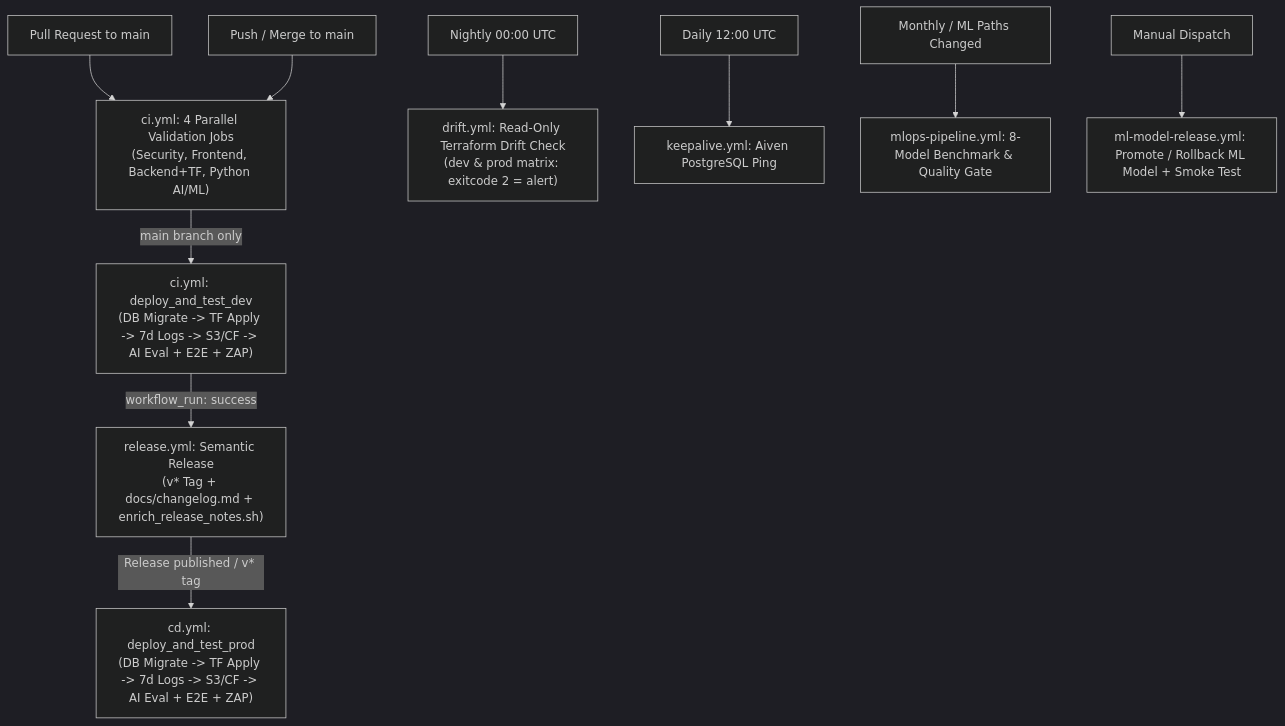
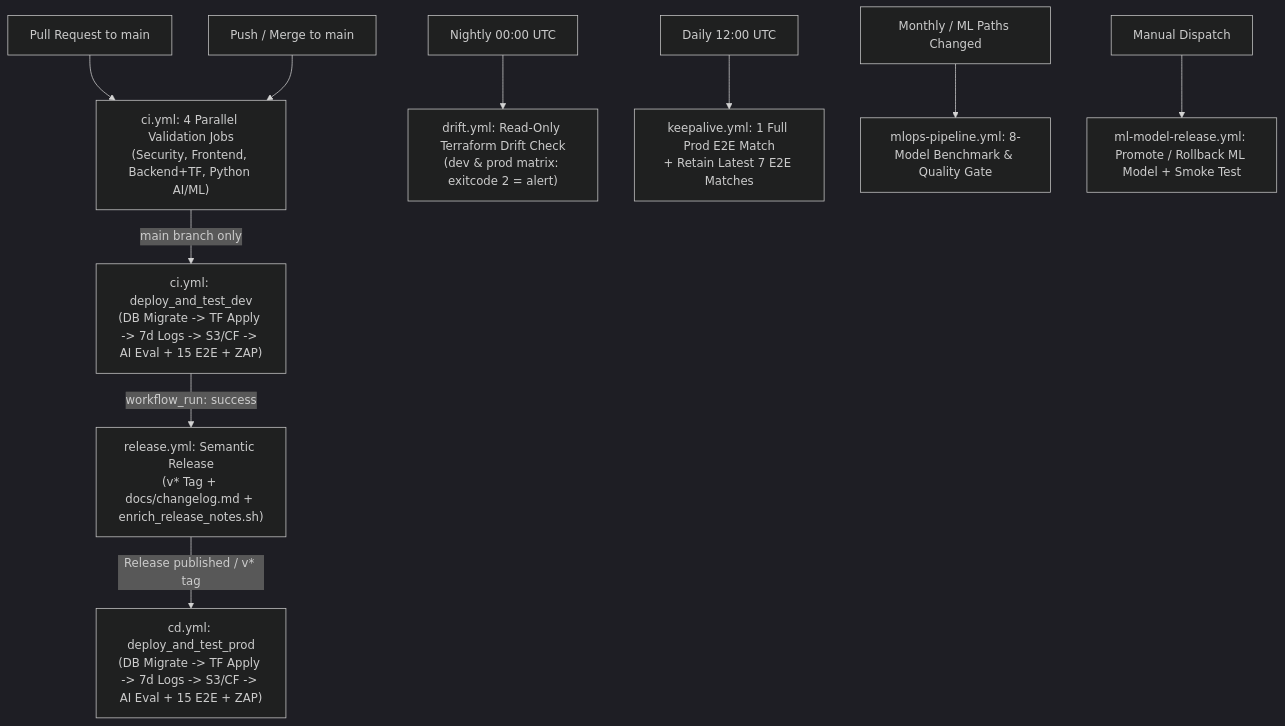
One commit to venkatesh-singamsetty/cricscore changed the diagram in docs/github_actions.md. Above: the diagram before and after it, drawn with Mermaid (dark theme). The commit also changed other lines of this file and 43 other files, not shown here.

First line of the commit message:
docs & ci(keepalive): mobile-first docs overhaul, one-by-one guide index & daily prod E2E keep-alive (#338)

````diff
--- a/docs/github_actions.md
+++ b/docs/github_actions.md
@@ -5,13 +5,13 @@
 ```mermaid
 flowchart TD
     PR["Pull Request to main"] --> CI_VAL["ci.yml: 4 Parallel Validation Jobs\n(Security, Frontend, Backend+TF, Python AI/ML)"]
     PUSH["Push / Merge to main"] --> CI_VAL
-    CI_VAL -->|main branch only| DEV["ci.yml: deploy_and_test_dev\n(DB Migrate -> TF Apply -> 7d Logs -> S3/CF -> AI Eval + E2E + ZAP)"]
+    CI_VAL -->|main branch only| DEV["ci.yml: deploy_and_test_dev\n(DB Migrate -> TF Apply -> 7d Logs -> S3/CF -> AI Eval + 15 E2E + ZAP)"]
     DEV -->|workflow_run: success| REL["release.yml: Semantic Release\n(v* Tag + docs/changelog.md + enrich_release_notes.sh)"]
-    REL -->|Release published / v* tag| PROD["cd.yml: deploy_and_test_prod\n(DB Migrate -> TF Apply -> 7d Logs -> S3/CF -> AI Eval + E2E + ZAP)"]
+    REL -->|Release published / v* tag| PROD["cd.yml: deploy_and_test_prod\n(DB Migrate -> TF Apply -> 7d Logs -> S3/CF -> AI Eval + 15 E2E + ZAP)"]
 
     CRON_D["Nightly 00:00 UTC"] --> DRIFT["drift.yml: Read-Only Terraform Drift Check\n(dev & prod matrix: exitcode 2 = alert)"]
-    CRON_K["Daily 12:00 UTC"] --> KEEP["keepalive.yml: Aiven PostgreSQL Ping"]
+    CRON_K["Daily 12:00 UTC"] --> KEEP["keepalive.yml: 1 Full Prod E2E Match\n+ Retain Latest 7 E2E Matches"]
     CRON_M["Monthly / ML Paths Changed"] --> MLOPS["mlops-pipeline.yml: 8-Model Benchmark & Quality Gate"]
     DISPATCH_M["Manual Dispatch"] --> MLREL["ml-model-release.yml: Promote / Rollback ML Model + Smoke Test"]
 ```
````
